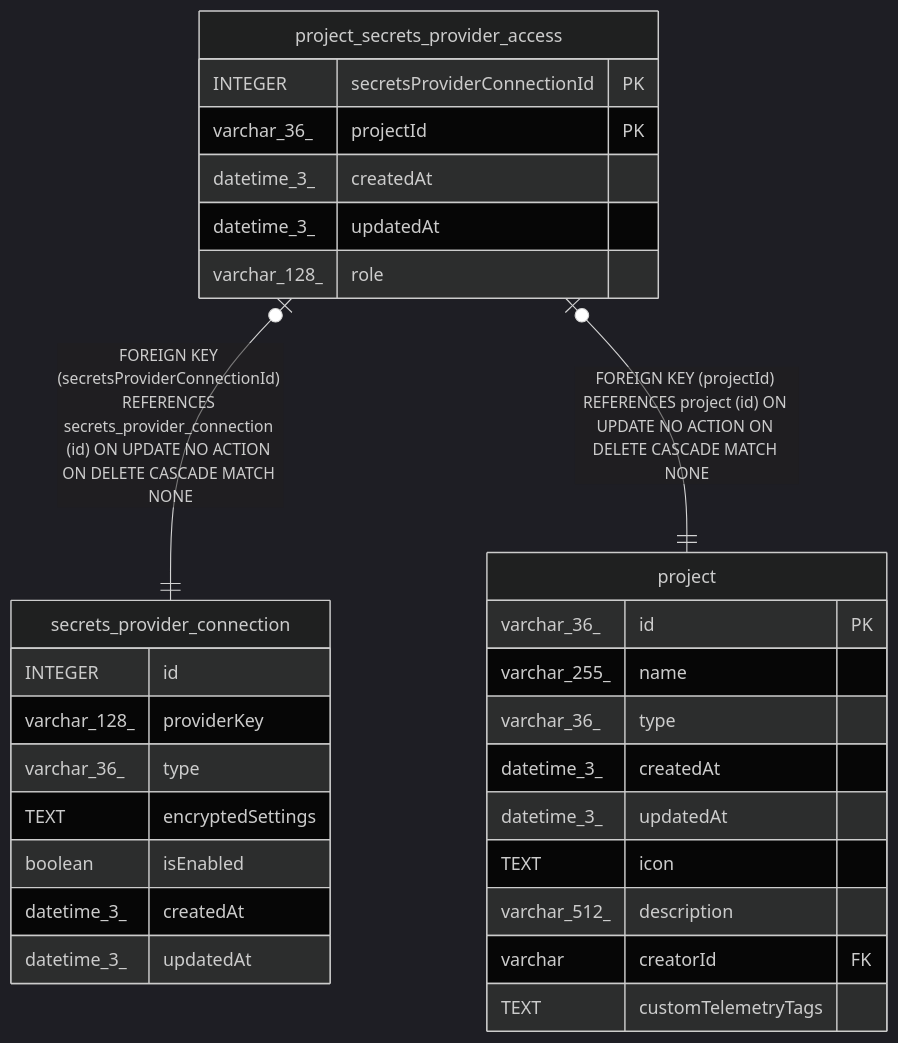
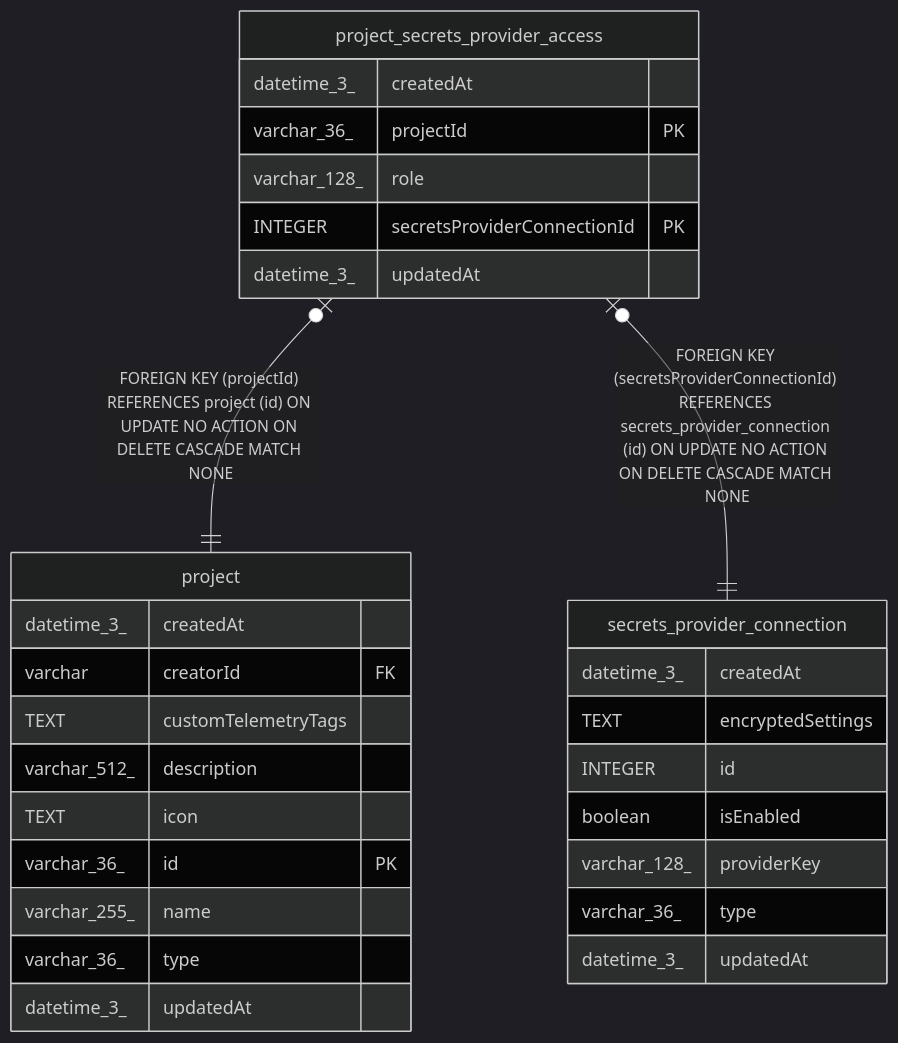
The diagram in docs/generated/sqlite-schema/project_secrets_provider_access.md (mayankjain1815-commits/n8n), drawn with Mermaid (dark theme) before and after one commit. The commit also changed other lines of this file and 221 other files, not shown here.

Commit message:
chore(core): Make DB schema docs generation deterministic (#32373)

````diff
--- a/docs/generated/sqlite-schema/project_secrets_provider_access.md
+++ b/docs/generated/sqlite-schema/project_secrets_provider_access.md
@@ -43,34 +43,34 @@
 ```mermaid
 erDiagram
 
+"project_secrets_provider_access" |o--|| "project" : "FOREIGN KEY (projectId) REFERENCES project (id) ON UPDATE NO ACTION ON DELETE CASCADE MATCH NONE"
 "project_secrets_provider_access" |o--|| "secrets_provider_connection" : "FOREIGN KEY (secretsProviderConnectionId) REFERENCES secrets_provider_connection (id) ON UPDATE NO ACTION ON DELETE CASCADE MATCH NONE"
-"project_secrets_provider_access" |o--|| "project" : "FOREIGN KEY (projectId) REFERENCES project (id) ON UPDATE NO ACTION ON DELETE CASCADE MATCH NONE"
 
 "project_secrets_provider_access" {
+  datetime_3_ createdAt
+  varchar_36_ projectId PK
+  varchar_128_ role
   INTEGER secretsProviderConnectionId PK
-  varchar_36_ projectId PK
-  datetime_3_ createdAt
-  datetime_3_ updatedAt
-  varchar_128_ role
-}
-"secrets_provider_connection" {
-  INTEGER id
-  varchar_128_ providerKey
-  varchar_36_ type
-  TEXT encryptedSettings
-  boolean isEnabled
-  datetime_3_ createdAt
   datetime_3_ updatedAt
 }
 "project" {
+  datetime_3_ createdAt
+  varchar creatorId FK
+  TEXT customTelemetryTags
+  varchar_512_ description
+  TEXT icon
   varchar_36_ id PK
   varchar_255_ name
   varchar_36_ type
+  datetime_3_ updatedAt
+}
+"secrets_provider_connection" {
   datetime_3_ createdAt
+  TEXT encryptedSettings
+  INTEGER id
+  boolean isEnabled
+  varchar_128_ providerKey
+  varchar_36_ type
   datetime_3_ updatedAt
-  TEXT icon
-  varchar_512_ description
-  varchar creatorId FK
-  TEXT customTelemetryTags
 }
 ```
````
